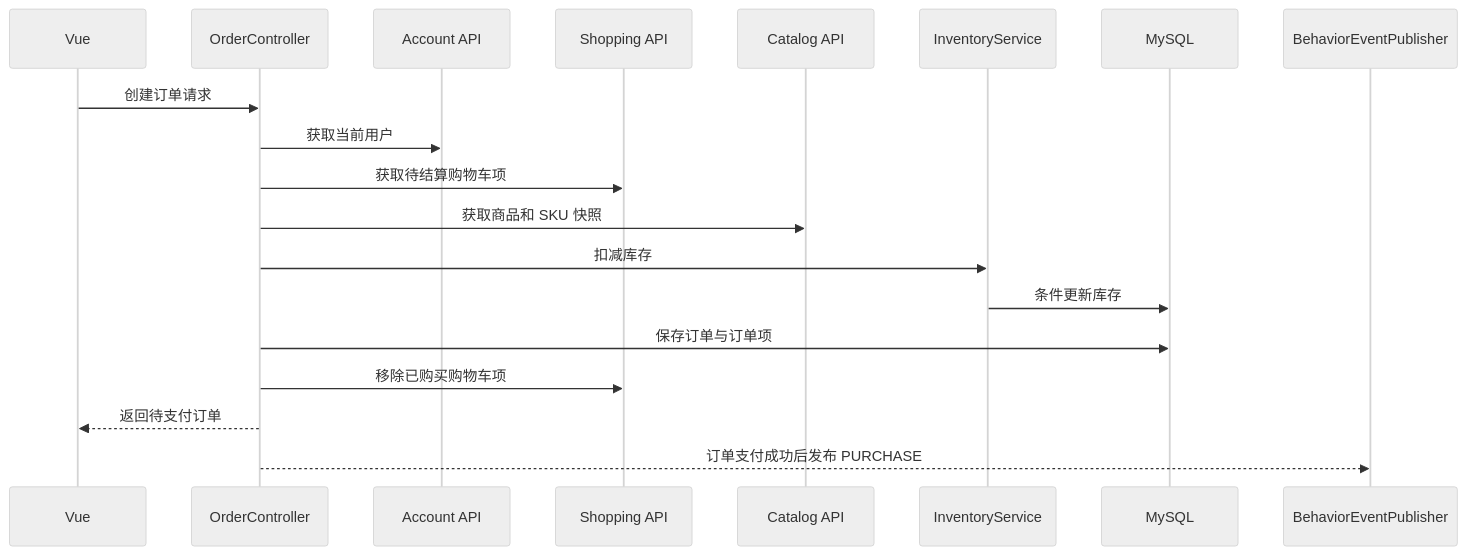
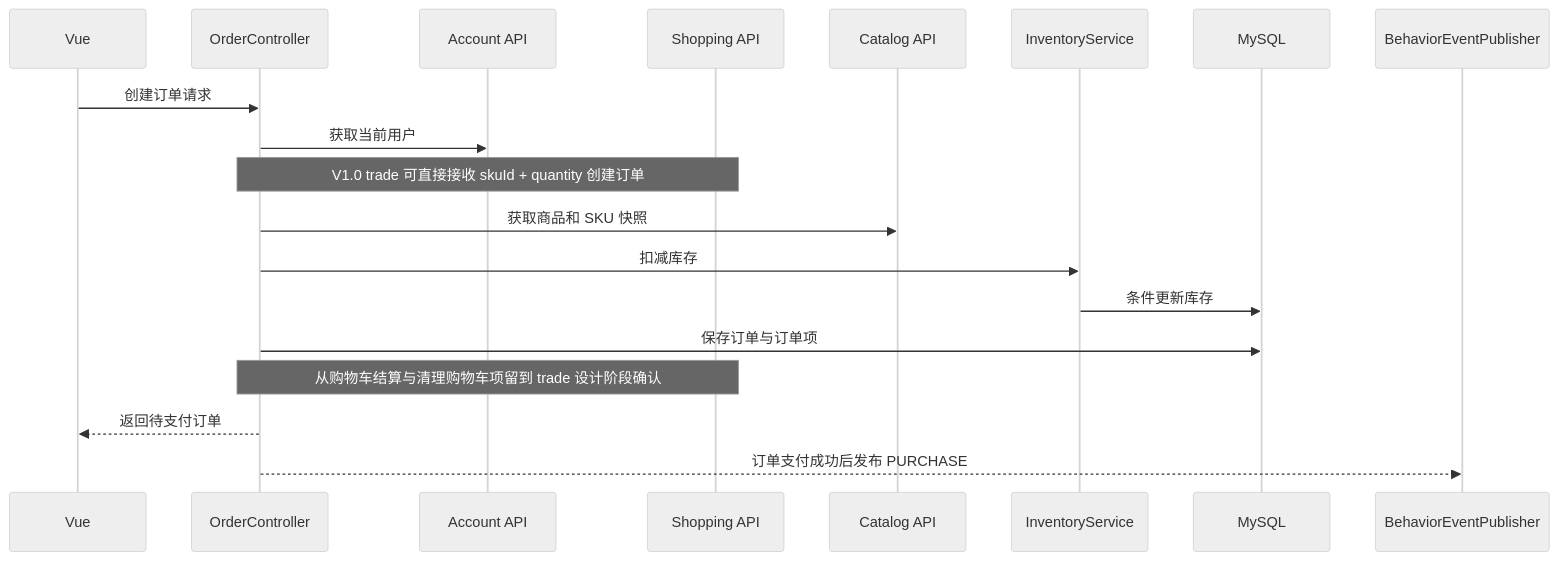
Before and after one commit to XMU-Linjer/persona-flow-commerce: the tenth of 15 diagrams in docs/v1.0-architecture.md, drawn with Mermaid (neutral theme). The commit also changed other lines of this file and 2 other files, not shown here.

````diff
--- a/docs/v1.0-architecture.md
+++ b/docs/v1.0-architecture.md
@@ -817,22 +818,22 @@
 ```mermaid
 sequenceDiagram
     participant Web as Vue
     participant Order as OrderController
     participant Account as Account API
     participant Shopping as Shopping API
     participant Catalog as Catalog API
     participant Inventory as InventoryService
     participant DB as MySQL
     participant Event as BehaviorEventPublisher
 
     Web->>Order: 创建订单请求
     Order->>Account: 获取当前用户
-    Order->>Shopping: 获取待结算购物车项
+    Note over Order,Shopping: V1.0 trade 可直接接收 skuId + quantity 创建订单
     Order->>Catalog: 获取商品和 SKU 快照
     Order->>Inventory: 扣减库存
     Inventory->>DB: 条件更新库存
     Order->>DB: 保存订单与订单项
-    Order->>Shopping: 移除已购买购物车项
+    Note over Order,Shopping: 从购物车结算与清理购物车项留到 trade 设计阶段确认
     Order-->>Web: 返回待支付订单
     Order-->>Event: 订单支付成功后发布 PURCHASE
 ```
````
